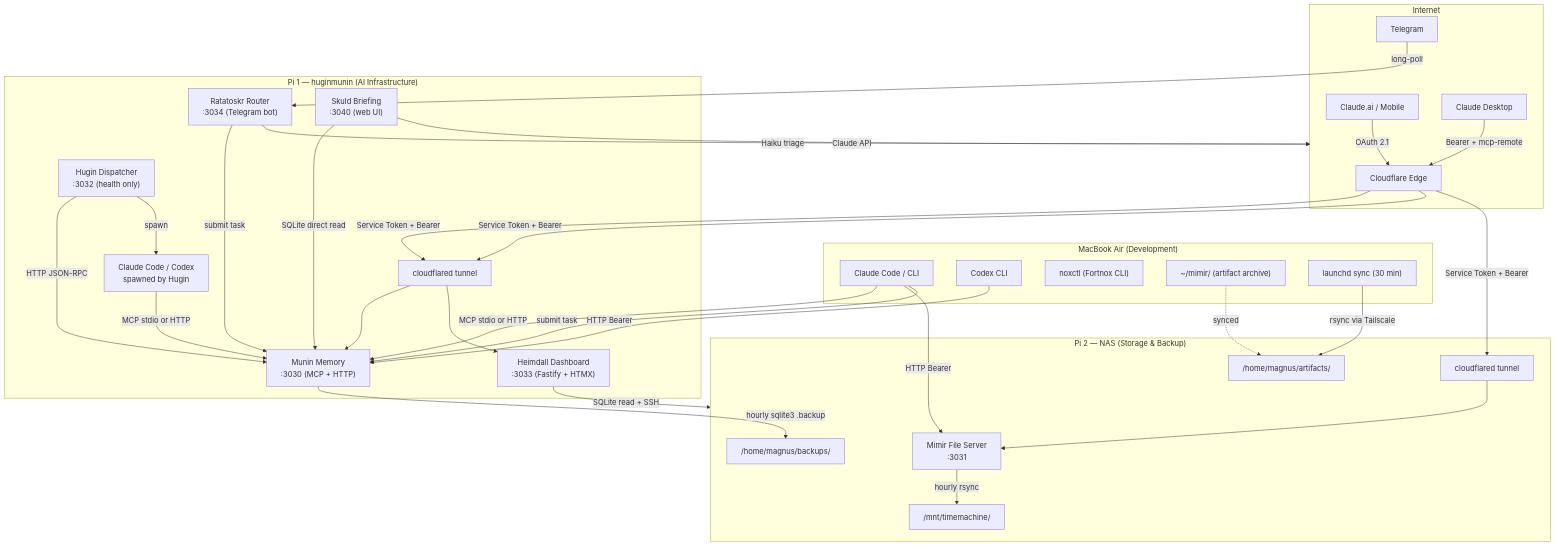
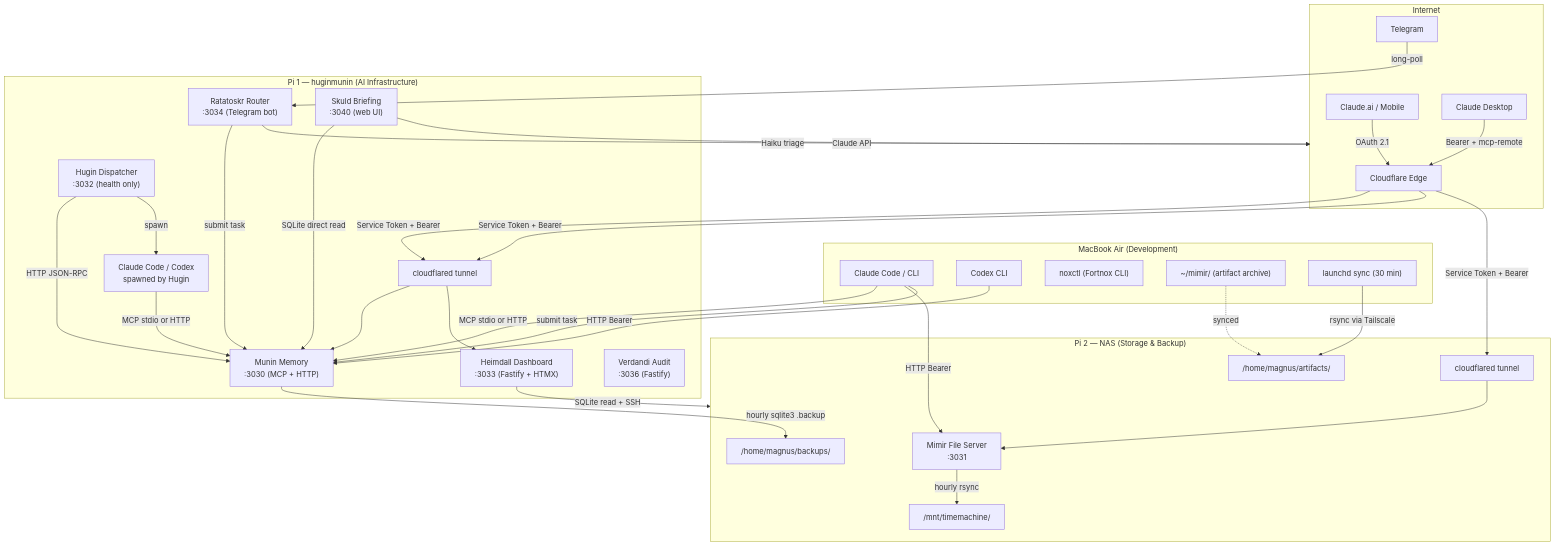
One commit to Magnus-Gille/grimnir changed the first of 4 diagrams in docs/architecture.md. Above: the diagram before and after it, drawn with Mermaid. The commit also changed other lines of this file, not shown here.

First line of the commit message:
docs: add Verdandi to architecture guide and update date

````diff
--- a/docs/architecture.md
+++ b/docs/architecture.md
@@ -48,69 +49,70 @@
 ```mermaid
 graph TB
     subgraph Internet
         CF[Cloudflare Edge]
         Claude_Web[Claude.ai / Mobile]
         Claude_Desktop[Claude Desktop]
         Telegram[Telegram]
     end
 
     subgraph MacBook["MacBook Air (Development)"]
         CC[Claude Code / CLI]
         Codex[Codex CLI]
         Noxctl["noxctl (Fortnox CLI)"]
         Files_Laptop["~/mimir/ (artifact archive)"]
         Launchd["launchd sync (30 min)"]
     end
 
     subgraph Pi1["Pi 1 — huginmunin (AI Infrastructure)"]
         Munin["Munin Memory<br/>:3030 (MCP + HTTP)"]
         Hugin["Hugin Dispatcher<br/>:3032 (health only)"]
         Heimdall_Svc["Heimdall Dashboard<br/>:3033 (Fastify + HTMX)"]
         Ratatoskr_Svc["Ratatoskr Router<br/>:3034 (Telegram bot)"]
         Skuld_Svc["Skuld Briefing<br/>:3040 (web UI)"]
+        Verdandi_Svc["Verdandi Audit<br/>:3036 (Fastify)"]
         Claude_Pi[Claude Code / Codex<br/>spawned by Hugin]
         Tunnel_Pi1["cloudflared tunnel"]
     end
 
     subgraph Pi2["Pi 2 — NAS (Storage & Backup)"]
         Mimir["Mimir File Server<br/>:3031"]
         Artifacts["/home/magnus/artifacts/"]
         Backups["/home/magnus/backups/"]
         TimeMachine["/mnt/timemachine/"]
         Tunnel_Pi2["cloudflared tunnel"]
     end
 
     %% Cloud → Edge → Services
     Claude_Web -->|OAuth 2.1| CF
     Claude_Desktop -->|Bearer + mcp-remote| CF
     CF -->|Service Token + Bearer| Tunnel_Pi1 --> Munin
     CF -->|Service Token + Bearer| Tunnel_Pi1 --> Heimdall_Svc
     CF -->|Service Token + Bearer| Tunnel_Pi2 --> Mimir
 
     %% Local connections
     CC -->|MCP stdio or HTTP| Munin
     CC -->|HTTP Bearer| Mimir
     Codex -->|HTTP Bearer| Munin
     Hugin -->|HTTP JSON-RPC| Munin
     Claude_Pi -->|MCP stdio or HTTP| Munin
     Skuld_Svc -->|SQLite direct read| Munin
     Skuld_Svc -->|Claude API| Internet
     Heimdall_Svc -->|SQLite read + SSH| Pi2
 
     %% File sync
     Launchd -->|rsync via Tailscale| Artifacts
     Files_Laptop -.->|synced| Artifacts
 
     %% Backup flows
     Munin -->|hourly sqlite3 .backup| Backups
     Mimir -->|hourly rsync| TimeMachine
 
     %% Telegram → Ratatoskr
     Telegram -->|long-poll| Ratatoskr_Svc
     Ratatoskr_Svc -->|submit task| Munin
     Ratatoskr_Svc -->|Haiku triage| Internet
 
     %% Task flow
     CC -->|submit task| Munin
     Hugin -->|spawn| Claude_Pi
 ```
````
